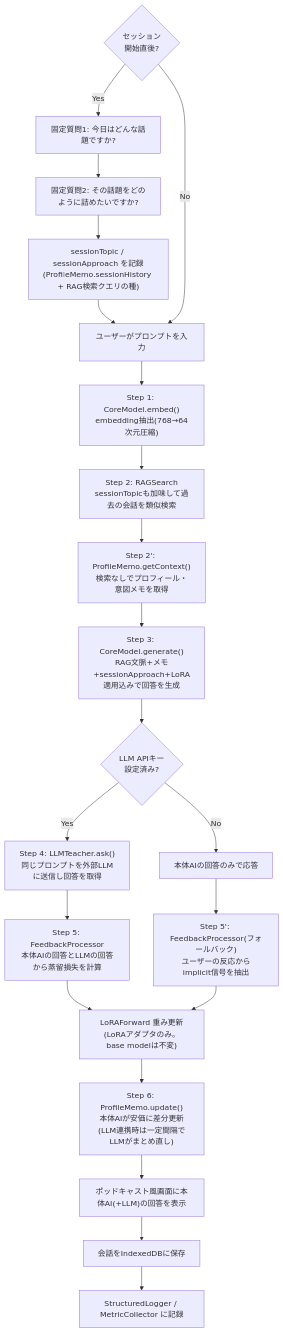
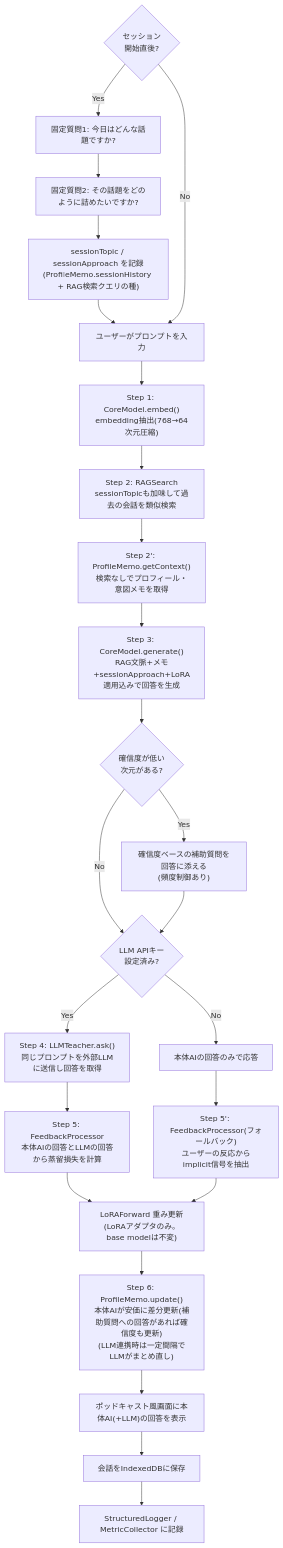
Before and after one commit to seisei001/test001: the diagram in docs/apps/smart-box/DESIGN.md, drawn with Mermaid. The commit also changed other lines of this file, not shown here.

````diff
--- a/docs/apps/smart-box/DESIGN.md
+++ b/docs/apps/smart-box/DESIGN.md
@@ -161,23 +178,26 @@
 ```mermaid
 flowchart TD
     S{セッション<br/>開始直後?} -- Yes --> S1["固定質問1: 今日はどんな話題ですか?"]
     S1 --> S2["固定質問2: その話題をどのように詰めたいですか?"]
     S2 --> SR["sessionTopic / sessionApproach を記録<br/>(ProfileMemo.sessionHistory + RAG検索クエリの種)"]
     SR --> A
     S -- No --> A[ユーザーがプロンプトを入力]
     A --> B["Step 1: CoreModel.embed()<br/>embedding抽出(768→64次元圧縮)"]
     B --> C["Step 2: RAGSearch<br/>sessionTopicも加味して過去の会話を類似検索"]
     C --> P["Step 2': ProfileMemo.getContext()<br/>検索なしでプロフィール・意図メモを取得"]
     P --> D["Step 3: CoreModel.generate()<br/>RAG文脈+メモ+sessionApproach+LoRA適用込みで回答を生成"]
-    D --> E{LLM APIキー<br/>設定済み?}
+    D --> CQ{確信度が低い<br/>次元がある?}
+    CQ -- Yes --> CQ1["確信度ベースの補助質問を回答に添える<br/>(頻度制御あり)"]
+    CQ -- No --> E
+    CQ1 --> E{LLM APIキー<br/>設定済み?}
     E -- Yes --> F["Step 4: LLMTeacher.ask()<br/>同じプロンプトを外部LLMに送信し回答を取得"]
     E -- No --> G[本体AIの回答のみで応答]
     F --> H["Step 5: FeedbackProcessor<br/>本体AIの回答とLLMの回答から蒸留損失を計算"]
     H --> I["LoRAForward 重み更新<br/>(LoRAアダプタのみ。base modelは不変)"]
     G --> J["Step 5': FeedbackProcessor(フォールバック)<br/>ユーザーの反応からimplicit信号を抽出"]
     J --> I
-    I --> Q["Step 6: ProfileMemo.update()<br/>本体AIが安価に差分更新(LLM連携時は一定間隔でLLMがまとめ直し)"]
+    I --> Q["Step 6: ProfileMemo.update()<br/>本体AIが安価に差分更新(補助質問への回答があれば確信度も更新)<br/>(LLM連携時は一定間隔でLLMがまとめ直し)"]
     Q --> K["ポッドキャスト風画面に本体AI(+LLM)の回答を表示"]
     K --> L[会話をIndexedDBに保存]
     L --> M[StructuredLogger / MetricCollector に記録]
 ```
````
